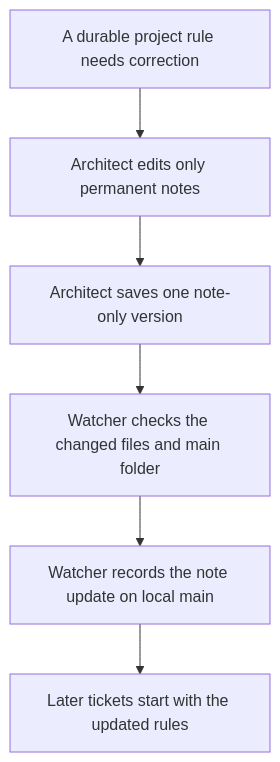
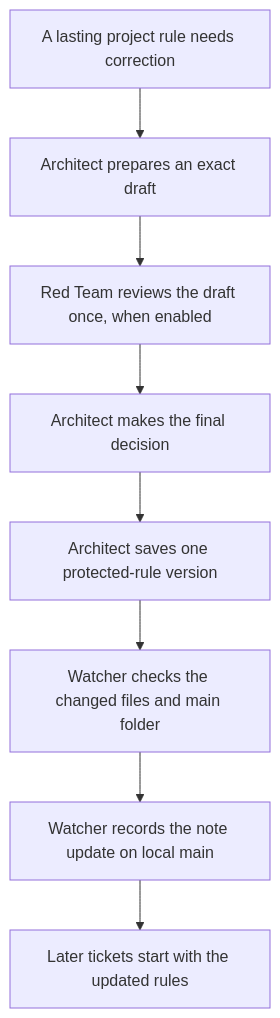
Before and after one commit to SBU-COSMOLIKE/emulators_code_v2: the eighth of 9 diagrams in ai/README.md, drawn with Mermaid. The commit also changed other lines of this file and 11 other files, not shown here.

First line of the commit message:
Require one Red Team review for protected rules

````diff
--- a/ai/README.md
+++ b/ai/README.md
@@ -1380,8 +1388,10 @@
 ```mermaid
 flowchart TD
-  R["A durable project rule needs correction"] --> A["Architect edits only permanent notes"]
-  A --> S["Architect saves one note-only version"]
+  R["A lasting project rule needs correction"] --> D["Architect prepares an exact draft"]
+  D --> V["Red Team reviews the draft once, when enabled"]
+  V --> A["Architect makes the final decision"]
+  A --> S["Architect saves one protected-rule version"]
   S --> W["Watcher checks the changed files and main folder"]
   W --> M["Watcher records the note update on local main"]
   M --> N["Later tickets start with the updated rules"]
 ```
````
